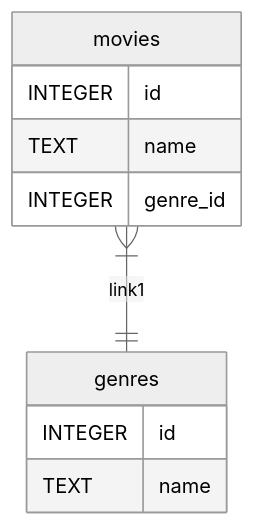
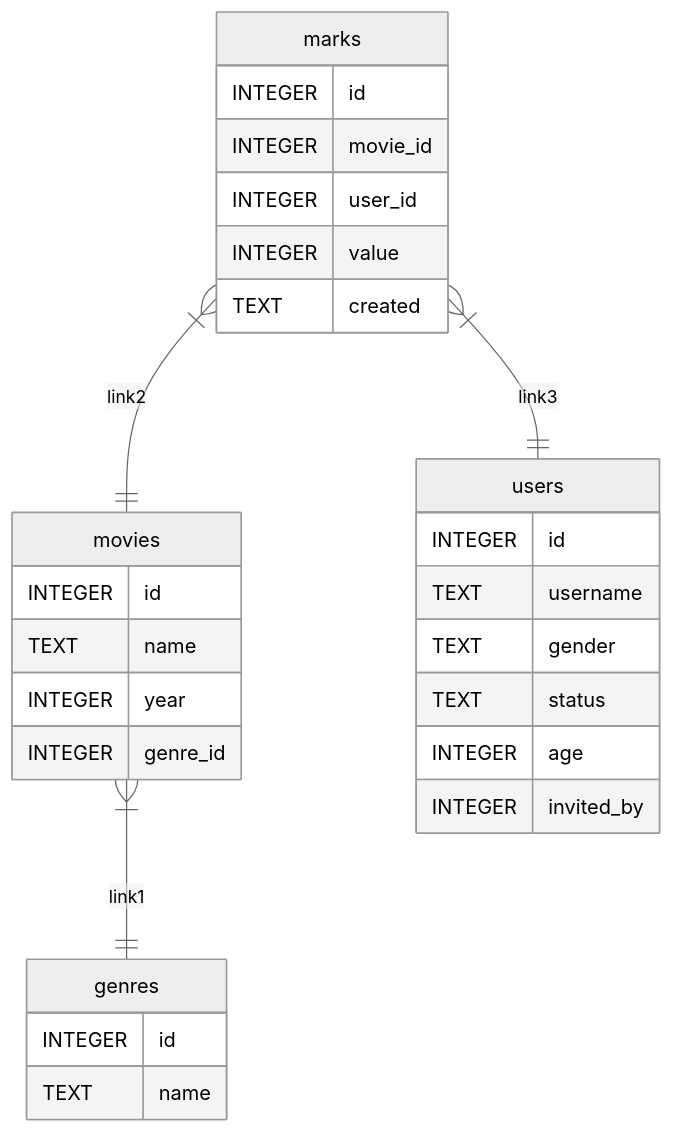
One commit to an-2-an/data changed the diagram in imdb_diagram.md. Above: the diagram before and after it, drawn with Mermaid (neutral theme).

````diff
--- a/imdb_diagram.md
+++ b/imdb_diagram.md
@@ -1,16 +1,34 @@
 ```mermaid
 ---
 Django ER Diagram
 ---
 erDiagram
 genres {
     INTEGER id
     TEXT name
 }
 movies {
     INTEGER id
     TEXT name
+    INTEGER year
     INTEGER genre_id
 }
+users {
+    INTEGER id
+    TEXT username
+    TEXT gender
+    TEXT status
+    INTEGER age
+    INTEGER invited_by
+}
+marks {
+    INTEGER id
+    INTEGER movie_id
+    INTEGER user_id
+    INTEGER value
+    TEXT created
+}
 movies }|--|| genres : link1
+marks }|--|| movies : link2
+marks }|--|| users : link3
 ```
````
